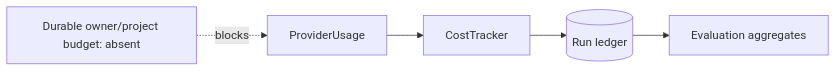
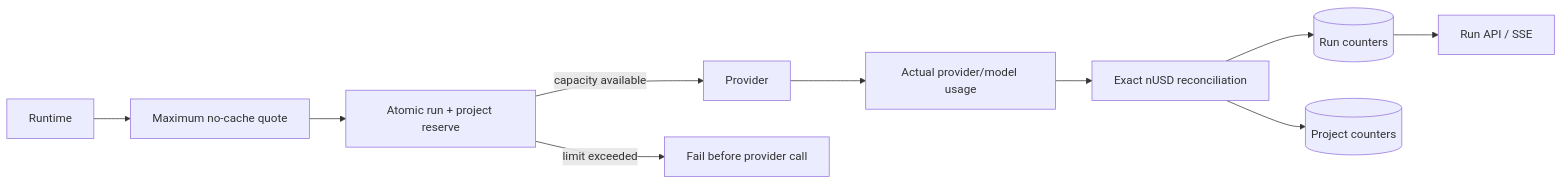
One commit to levalencia/archon changed the first of 2 diagrams in docs/course/concepts/cost-usage-budgets.md. Above: the diagram before and after it, drawn with Mermaid. The commit also changed other lines of this file and 5 other files, not shown here.

Commit message:
feat(api): expose safe effect and budget evidence

````diff
--- a/docs/course/concepts/cost-usage-budgets.md
+++ b/docs/course/concepts/cost-usage-budgets.md
@@ -19,7 +16,12 @@
 ```mermaid
 flowchart LR
-    ProviderUsage --> Estimator[CostTracker]
-    Estimator --> Run[(Run ledger)]
-    Run --> Eval[Evaluation aggregates]
-    DurableBudget[Durable owner/project budget: absent] -. blocks .-> ProviderUsage
+    Runtime --> Quote[Maximum no-cache quote]
+    Quote --> Reserve[Atomic run + project reserve]
+    Reserve -->|capacity available| Provider
+    Reserve -->|limit exceeded| Block[Fail before provider call]
+    Provider --> Usage[Actual provider/model usage]
+    Usage --> Reconcile[Exact nUSD reconciliation]
+    Reconcile --> Run[(Run counters)]
+    Reconcile --> Project[(Project counters)]
+    Run --> API[Run API / SSE]
 ```
````
